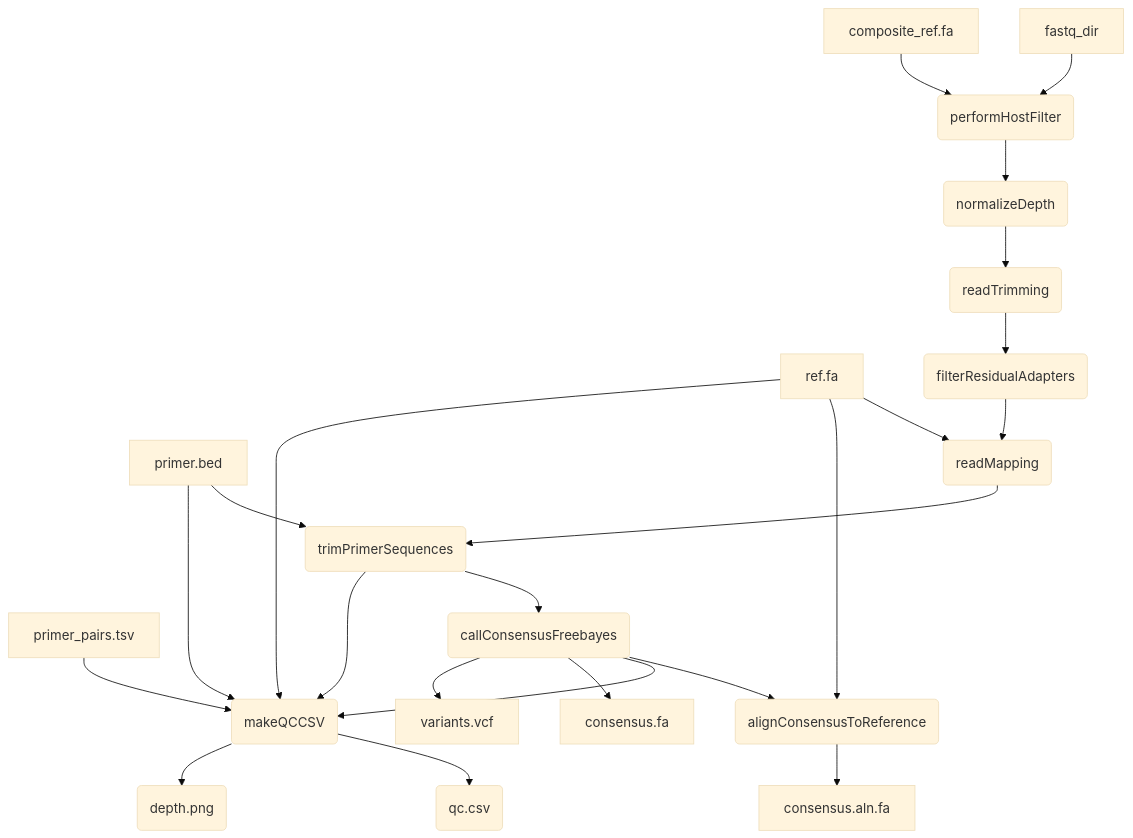
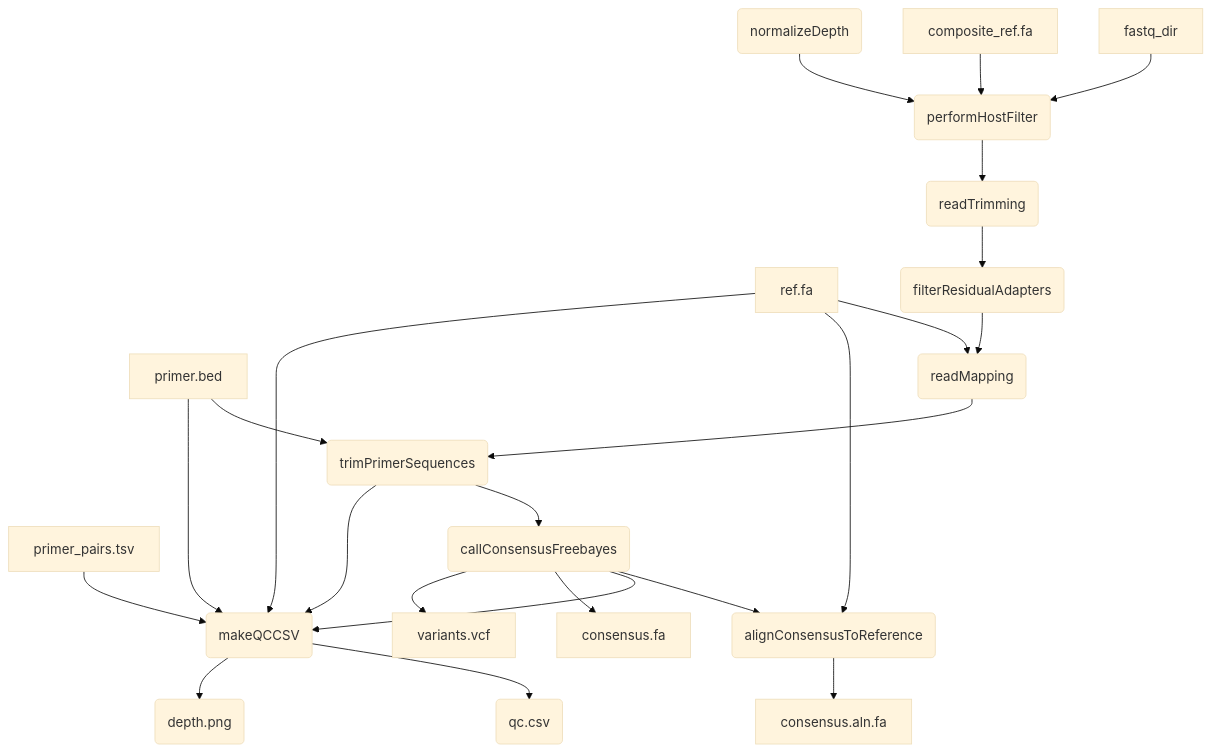
One commit to BCCDC-PHL/mpxv-artic-nf changed the diagram in README.md. Above: the diagram before and after it, drawn with Mermaid (base theme).

````diff
--- a/README.md
+++ b/README.md
@@ -10,30 +10,30 @@
 ```mermaid
 flowchart TD
   ref[ref.fa]
   composite_ref[composite_ref.fa]
   primers[primer.bed]
   primer_pairs[primer_pairs.tsv]
   fastq[fastq_dir]
   fastq --> performHostFilter(performHostFilter)
   composite_ref --> performHostFilter
-  performHostFilter(performHostFilter) --> normalizeDepth(normalizeDepth)
-  readTrimming(readTrimming) --> filterResidualAdapters(filterResidualAdapters) 
-  normalizeDepth(normalizeDepth) --> readTrimming(readTrimming)
+  normalizeDepth(normalizeDepth) --> performHostFilter(performHostFilter) 
+  performHostFilter(performHostFilter) --> readTrimming(readTrimming)
+  readTrimming(readTrimming) --> filterResidualAdapters(filterResidualAdapters)
   filterResidualAdapters --> readMapping(readMapping)
   ref --> readMapping(readMapping)
   readMapping(readMapping) --> trimPrimerSequences(trimPrimerSequences)
   primers --> trimPrimerSequences(trimPrimerSequences)
   trimPrimerSequences(trimPrimerSequences) --> callConsensusFreebayes(callConsensusFreebayes)
   callConsensusFreebayes(callConsensusFreebayes) --> alignConsensusToReference(alignConsensusToReference)
   ref --> alignConsensusToReference
   alignConsensusToReference --> consensusAlignment[consensus.aln.fa]
   trimPrimerSequences --> makeQCCSV(makeQCCSV)
   callConsensusFreebayes --> makeQCCSV
   callConsensusFreebayes --> consensus[consensus.fa]
   callConsensusFreebayes --> variants[variants.vcf]
   ref --> makeQCCSV
   primers --> makeQCCSV
   primer_pairs --> makeQCCSV
   makeQCCSV --> qcCSV(qc.csv)
   makeQCCSV --> depthPNG(depth.png)
 ```
````
